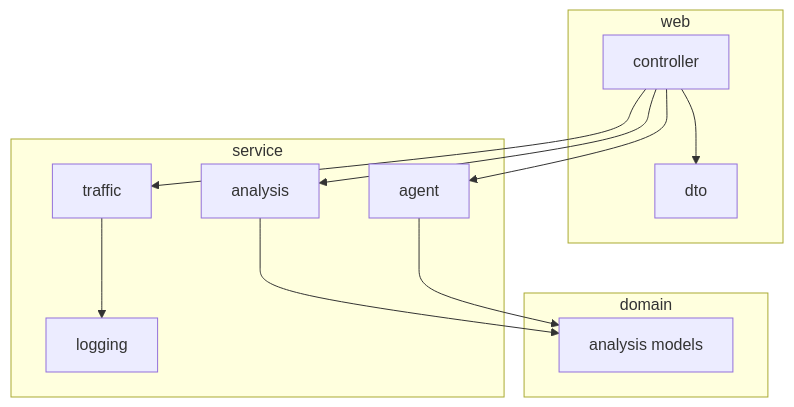
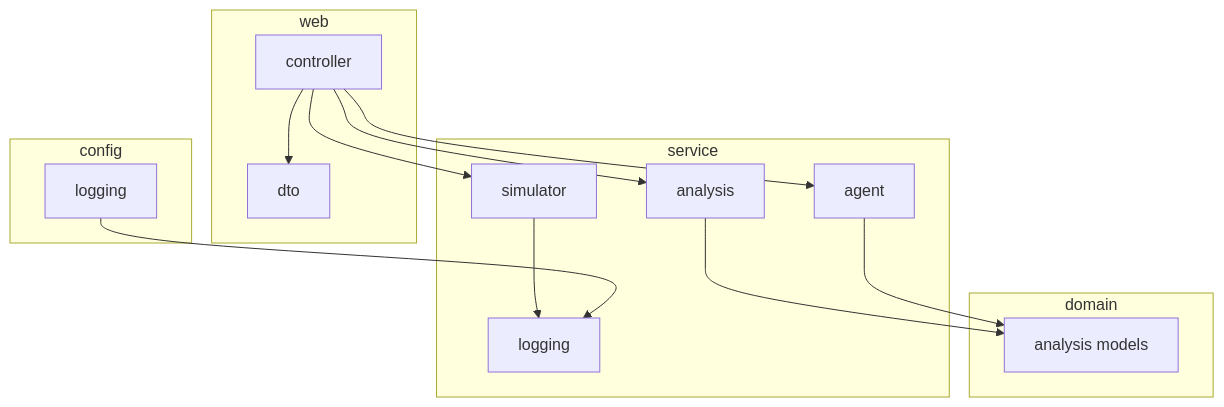
One commit to gajjalaroshan/test1 changed the diagram in docs/architecture/PACKAGE_STRUCTURE.md. Above: the diagram before and after it, drawn with Mermaid. The commit also changed other lines of this file and 35 other files, not shown here.

````diff
--- a/docs/architecture/PACKAGE_STRUCTURE.md
+++ b/docs/architecture/PACKAGE_STRUCTURE.md
@@ -21,23 +22,27 @@
 ```mermaid
 flowchart TB
     subgraph web [web]
         C[controller]
         D[dto]
     end
     subgraph service [service]
         SA[analysis]
-        ST[traffic]
+        SS[simulator]
         SL[logging]
         AG[agent]
     end
     subgraph domain [domain]
         DM[analysis models]
     end
+    subgraph config [config]
+        CL[logging]
+    end
     C --> D
     C --> SA
-    C --> ST
+    C --> SS
     C --> AG
     SA --> DM
     AG --> DM
-    ST --> SL
+    SS --> SL
+    CL --> SL
 ```
````
